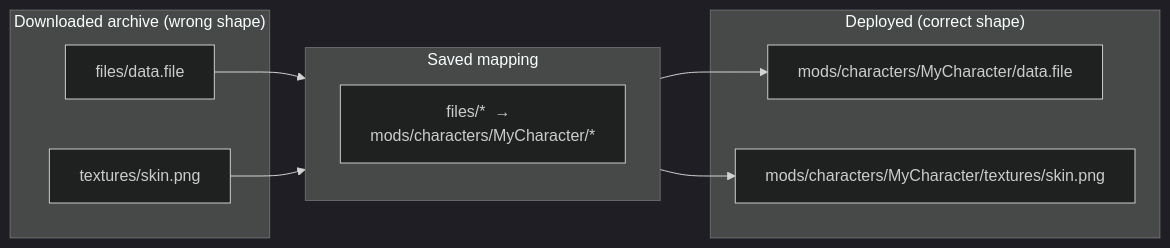
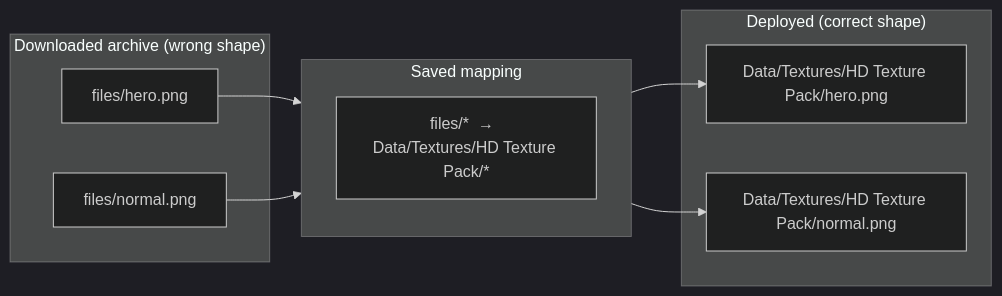
One commit to FreeProject089/BMM-Docs changed the diagram in docs/how-it-works/mapper.md. Above: the diagram before and after it, drawn with Mermaid (dark theme). The commit also changed other lines of this file and 1 other file, not shown here.

First line of the commit message:
docs: concrete mapper example (HD Texture Pack / Data / Textures)

````diff
--- a/docs/how-it-works/mapper.md
+++ b/docs/how-it-works/mapper.md
@@ -29,16 +29,16 @@
 ```mermaid
 flowchart LR
     subgraph Archive["Downloaded archive (wrong shape)"]
-        F1["files/data.file"]
-        F2["textures/skin.png"]
+        F1["files/hero.png"]
+        F2["files/normal.png"]
     end
     subgraph Map["Saved mapping"]
-        M["files/*  →  mods/characters/MyCharacter/*"]
+        M["files/*  →  Data/Textures/HD Texture Pack/*"]
     end
     subgraph Game["Deployed (correct shape)"]
-        G1["mods/characters/MyCharacter/data.file"]
-        G2["mods/characters/MyCharacter/textures/skin.png"]
+        G1["Data/Textures/HD Texture Pack/hero.png"]
+        G2["Data/Textures/HD Texture Pack/normal.png"]
     end
     F1 --> Map --> G1
     F2 --> Map --> G2
 ```
````
